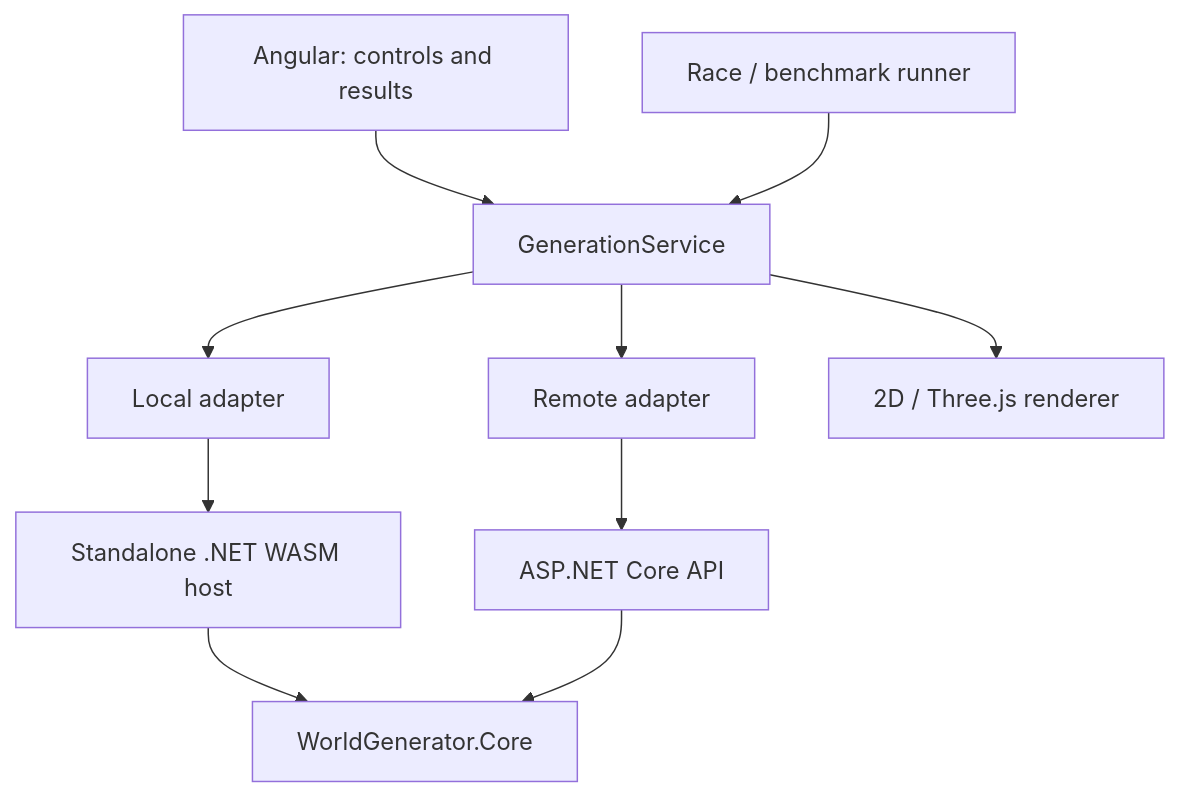
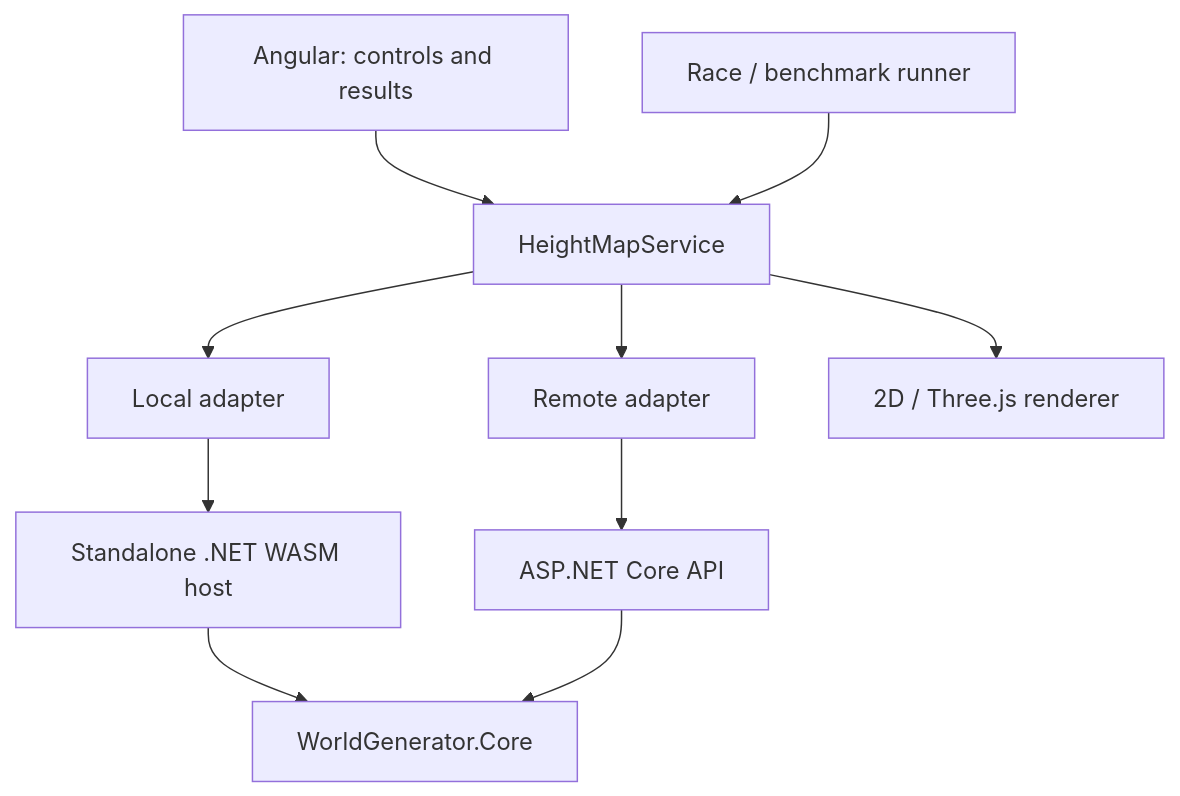
One commit to RaSlabsaDv/procedural-world-generator changed the diagram in docs/ARCHITECTURE.md. Above: the diagram before and after it, drawn with Mermaid. The commit also changed other lines of this file and 3 other files, not shown here.

````diff
--- a/docs/ARCHITECTURE.md
+++ b/docs/ARCHITECTURE.md
@@ -9,12 +9,12 @@
 ```mermaid
 flowchart TD
-    UI[Angular: controls and results] --> G[GenerationService]
+    UI[Angular: controls and results] --> G[HeightMapService]
     R[Race / benchmark runner] --> G
     G --> L[Local adapter]
     G --> H[Remote adapter]
     L --> W[Standalone .NET WASM host]
     H --> A[ASP.NET Core API]
     W --> C[WorldGenerator.Core]
     A --> C
     G --> V[2D / Three.js renderer]
 ```
````
